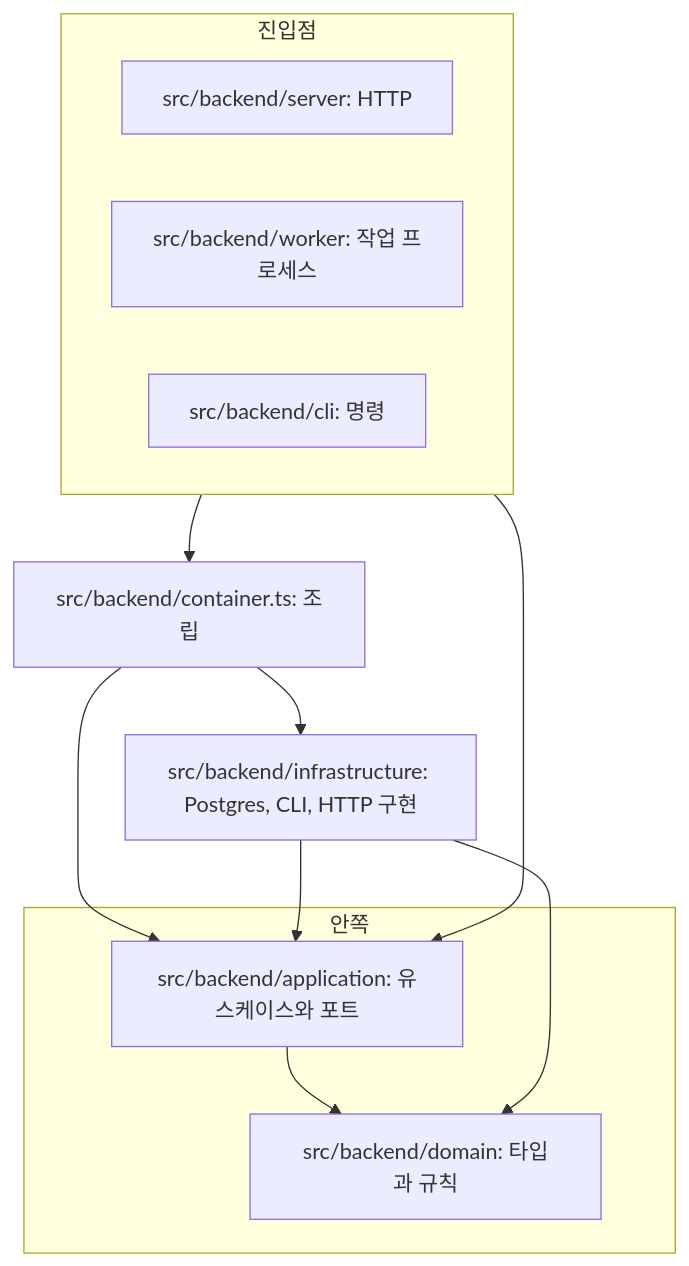
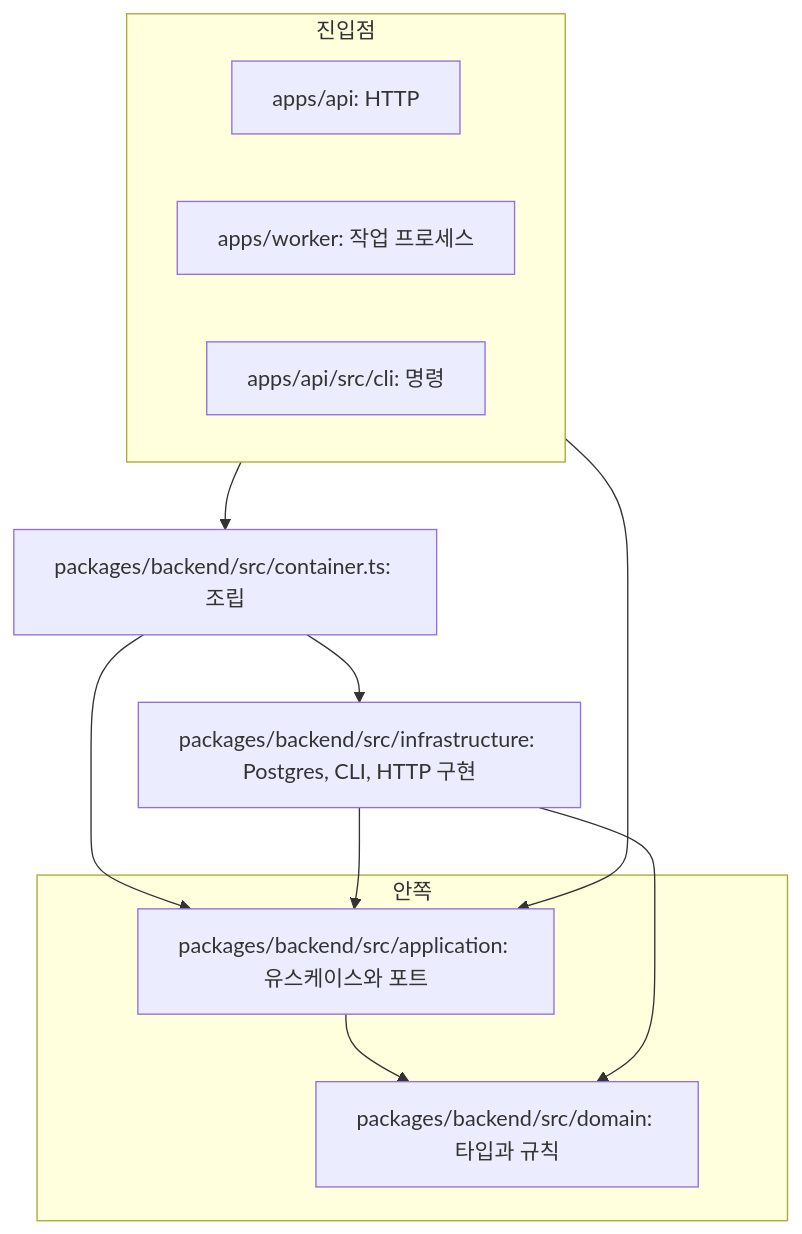
One commit to Changsik00/inkle changed the diagram in docs/decisions/ADR-006-server-structure.md. Above: the diagram before and after it, drawn with Mermaid. The commit also changed other lines of this file and 204 other files, not shown here.

````diff
--- a/docs/decisions/ADR-006-server-structure.md
+++ b/docs/decisions/ADR-006-server-structure.md
@@ -22,22 +22,22 @@
 ```mermaid
 flowchart TB
     subgraph entry[진입점]
-        A[src/backend/server: HTTP]
-        W[src/backend/worker: 작업 프로세스]
-        C[src/backend/cli: 명령]
+        A[apps/api: HTTP]
+        W[apps/worker: 작업 프로세스]
+        C[apps/api/src/cli: 명령]
     end
-    S[src/backend/container.ts: 조립]
+    S[packages/backend/src/container.ts: 조립]
     subgraph core[안쪽]
-        AP[src/backend/application: 유스케이스와 포트]
-        D[src/backend/domain: 타입과 규칙]
+        AP[packages/backend/src/application: 유스케이스와 포트]
+        D[packages/backend/src/domain: 타입과 규칙]
     end
-    I[src/backend/infrastructure: Postgres, CLI, HTTP 구현]
+    I[packages/backend/src/infrastructure: Postgres, CLI, HTTP 구현]
 
     entry --> S
     entry --> AP
     S --> I
     S --> AP
     I --> AP
     AP --> D
     I --> D
 ```
````
